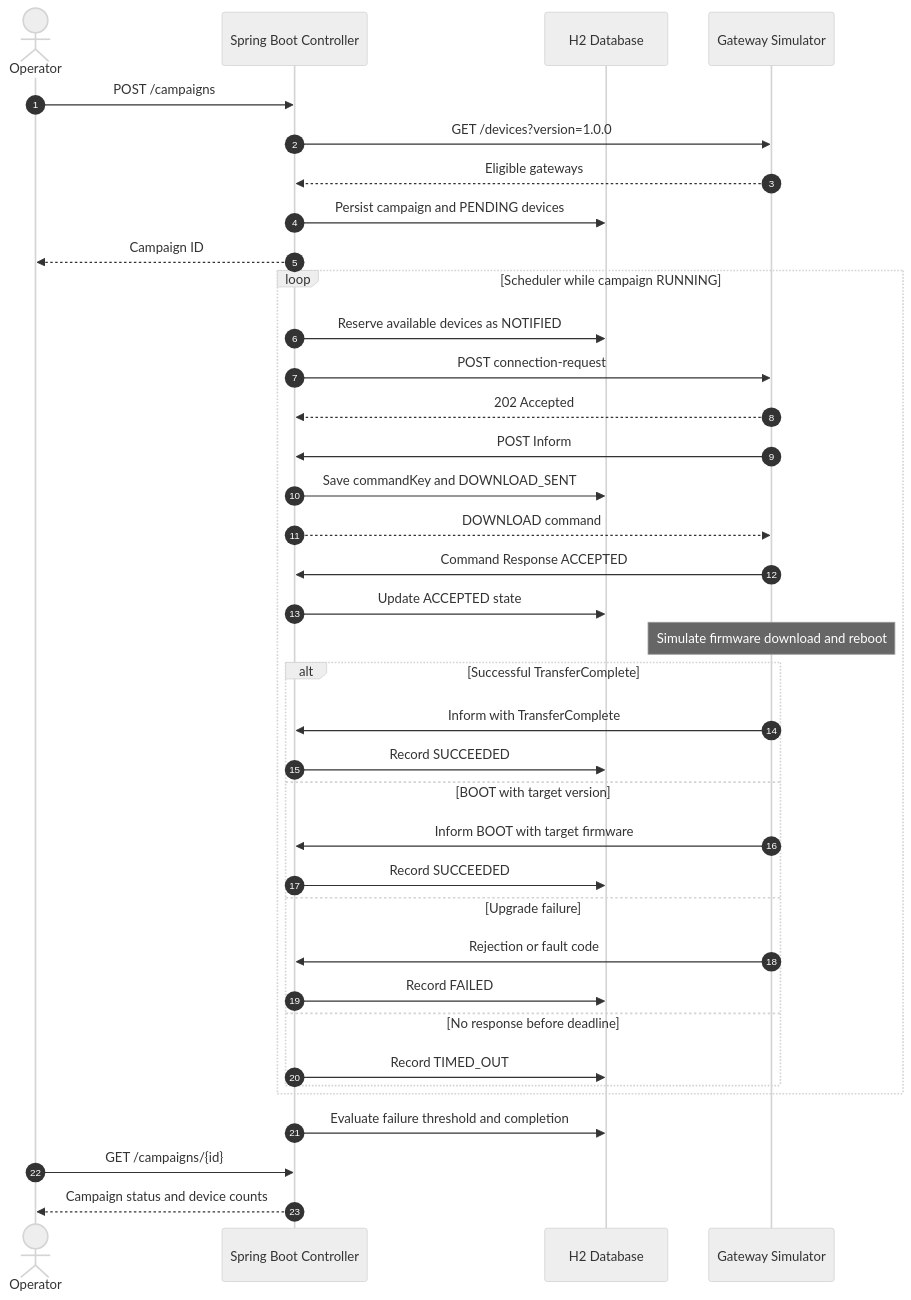
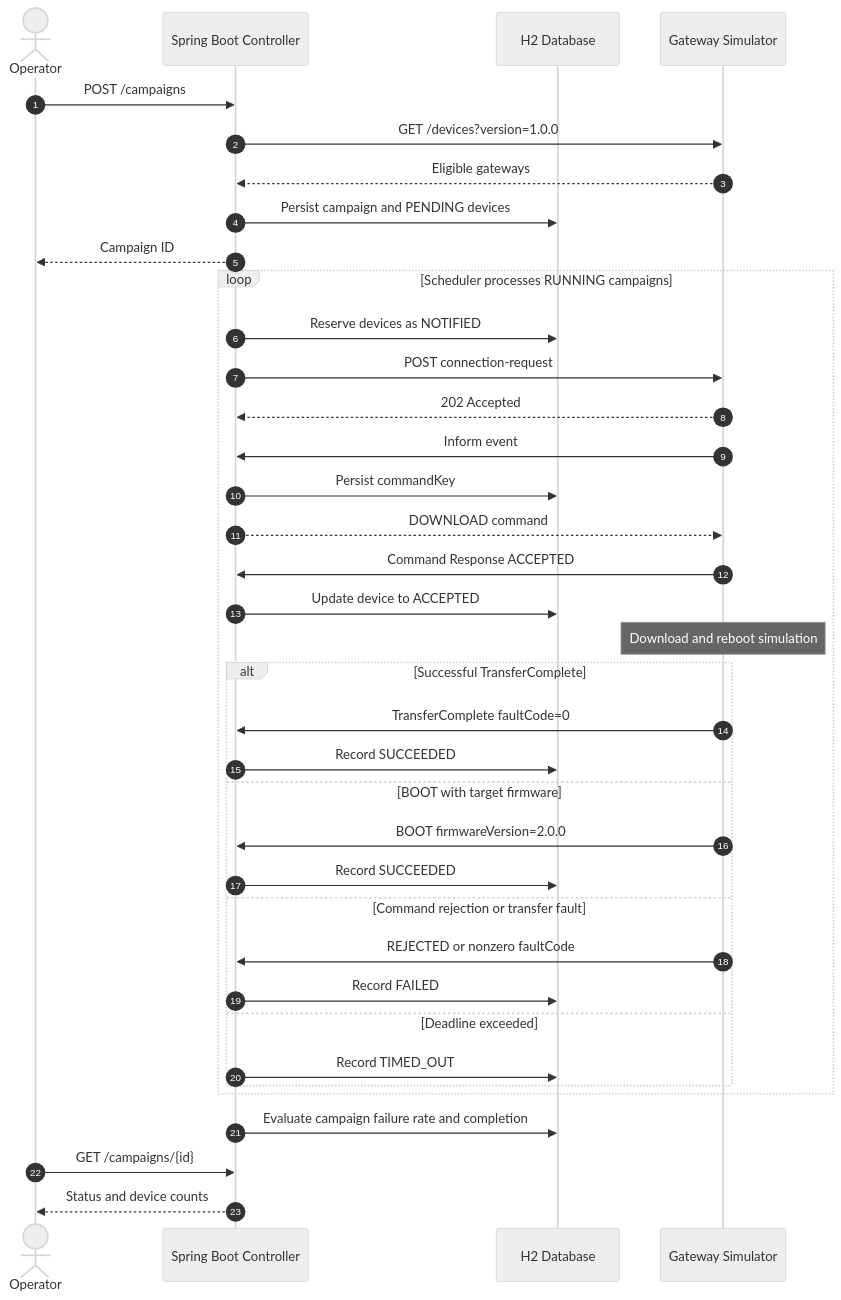
The second of 3 diagrams in README.md (suneelagrawal/device-simulator), drawn with Mermaid (neutral theme) before and after one commit. The commit also changed other lines of this file, not shown here.

````diff
--- a/README.md
+++ b/README.md
@@ -74,48 +75,47 @@
 ```mermaid
 sequenceDiagram
     autonumber
 
     actor O as Operator
     participant C as Spring Boot Controller
     participant DB as H2 Database
     participant G as Gateway Simulator
 
     O->>C: POST /campaigns
     C->>G: GET /devices?version=1.0.0
     G-->>C: Eligible gateways
     C->>DB: Persist campaign and PENDING devices
     C-->>O: Campaign ID
 
-    loop Scheduler while campaign RUNNING
-        C->>DB: Reserve available devices as NOTIFIED
+    loop Scheduler processes RUNNING campaigns
+        C->>DB: Reserve devices as NOTIFIED
         C->>G: POST connection-request
         G-->>C: 202 Accepted
 
-        G->>C: POST Inform
-        C->>DB: Save commandKey and DOWNLOAD_SENT
+        G->>C: Inform event
+        C->>DB: Persist commandKey
         C-->>G: DOWNLOAD command
 
         G->>C: Command Response ACCEPTED
-        C->>DB: Update ACCEPTED state
+        C->>DB: Update device to ACCEPTED
 
-        Note over G: Simulate firmware download and reboot
+        Note over G: Download and reboot simulation
 
         alt Successful TransferComplete
-            G->>C: Inform with TransferComplete
+            G->>C: TransferComplete faultCode=0
             C->>DB: Record SUCCEEDED
-        else BOOT with target version
-            G->>C: Inform BOOT with target firmware
+        else BOOT with target firmware
+            G->>C: BOOT firmwareVersion=2.0.0
             C->>DB: Record SUCCEEDED
-        else Upgrade failure
-            G->>C: Rejection or fault code
+        else Command rejection or transfer fault
+            G->>C: REJECTED or nonzero faultCode
             C->>DB: Record FAILED
-        else No response before deadline
+        else Deadline exceeded
             C->>DB: Record TIMED_OUT
         end
     end
 
-    C->>DB: Evaluate failure threshold and completion
-
+    C->>DB: Evaluate campaign failure rate and completion
     O->>C: GET /campaigns/{id}
-    C-->>O: Campaign status and device counts
+    C-->>O: Status and device counts
 ```
````
